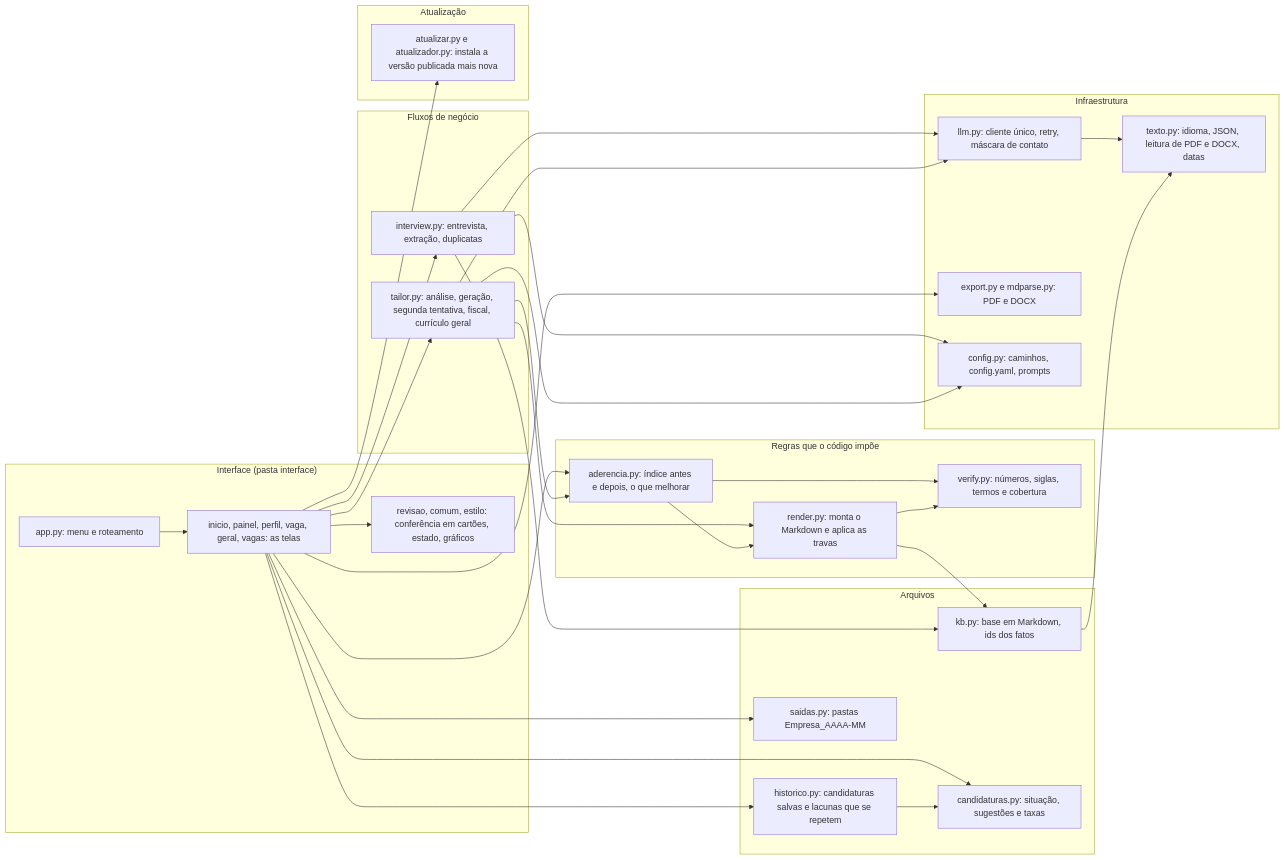
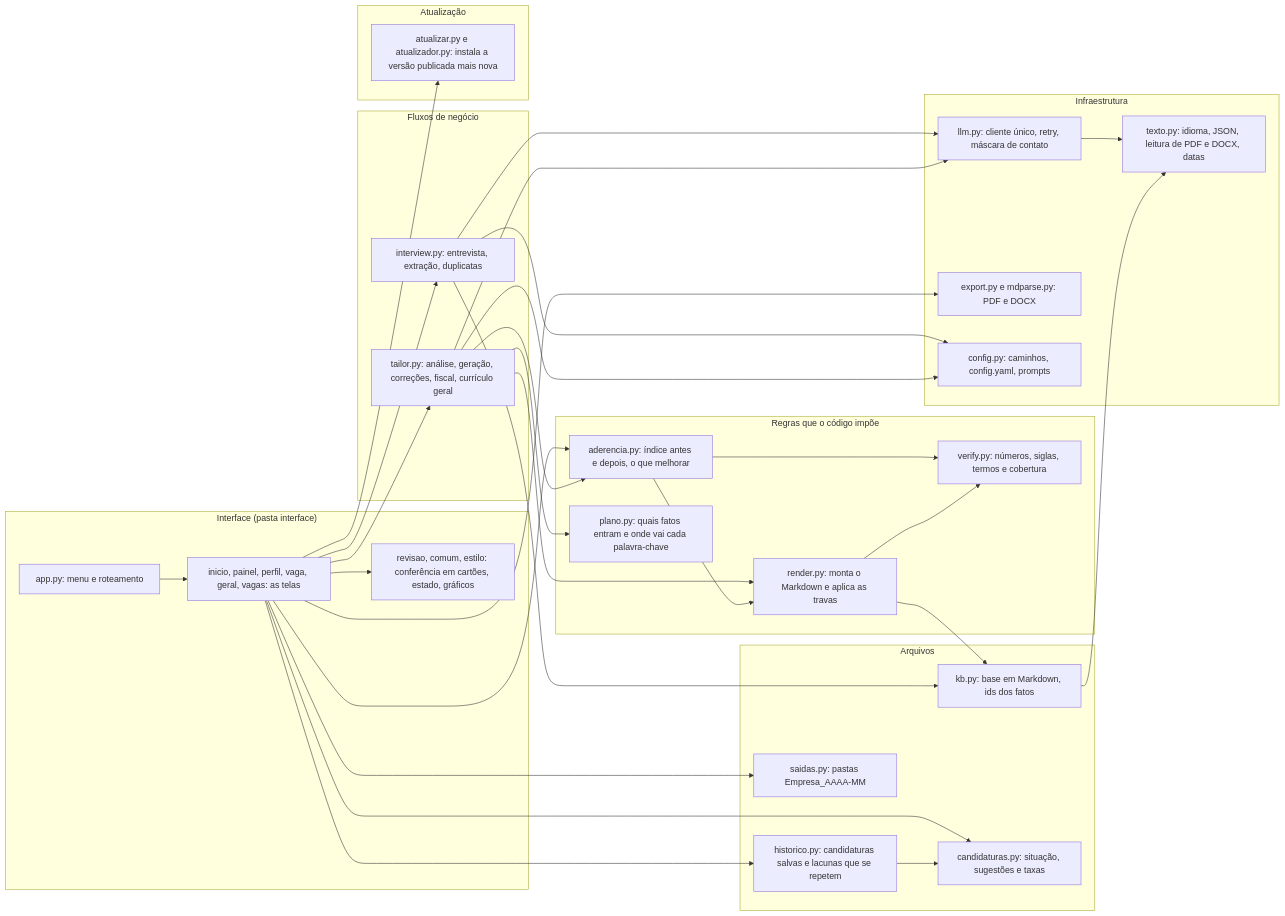
The third of 11 diagrams in README.md (feeslopes/assistente_curriculo), drawn with Mermaid before and after one commit. The commit also changed other lines of this file and 8 other files, not shown here.

First line of the commit message:
Nota mais estável: plano de conteúdo, regra única de palavras-chave e termos julgados na análise

````diff
--- a/README.md
+++ b/README.md
@@ -287,56 +287,58 @@
 ```mermaid
 flowchart LR
   subgraph UI["Interface (pasta interface)"]
     app["app.py: menu e roteamento"]
     telas["inicio, painel, perfil, vaga, geral, vagas: as telas"]
     apoio["revisao, comum, estilo: conferência em cartões, estado, gráficos"]
   end
   subgraph Fluxos["Fluxos de negócio"]
     interview["interview.py: entrevista, extração, duplicatas"]
-    tailor["tailor.py: análise, geração, segunda tentativa, fiscal, currículo geral"]
+    tailor["tailor.py: análise, geração, correções, fiscal, currículo geral"]
   end
   subgraph Regras["Regras que o código impõe"]
     render["render.py: monta o Markdown e aplica as travas"]
     verify["verify.py: números, siglas, termos e cobertura"]
     aderencia["aderencia.py: índice antes e depois, o que melhorar"]
+    plano["plano.py: quais fatos entram e onde vai cada palavra-chave"]
   end
   subgraph Dados["Arquivos"]
     kb["kb.py: base em Markdown, ids dos fatos"]
     historico["historico.py: candidaturas salvas e lacunas que se repetem"]
     candidaturas["candidaturas.py: situação, sugestões e taxas"]
     saidas["saidas.py: pastas Empresa_AAAA-MM"]
   end
   subgraph Atualizacao["Atualização"]
     atualizador["atualizar.py e atualizador.py: instala a versão publicada mais nova"]
   end
   subgraph Infra["Infraestrutura"]
     llm["llm.py: cliente único, retry, máscara de contato"]
     texto["texto.py: idioma, JSON, leitura de PDF e DOCX, datas"]
     export["export.py e mdparse.py: PDF e DOCX"]
     config["config.py: caminhos, config.yaml, prompts"]
   end
   app --> telas
   telas --> apoio
   telas --> interview
   telas --> tailor
   telas --> aderencia
   telas --> historico
   telas --> candidaturas
   telas --> export
   telas --> saidas
   interview --> llm
   interview --> kb
   tailor --> llm
   tailor --> render
+  tailor --> plano
   tailor --> aderencia
   aderencia --> render
   aderencia --> verify
   render --> kb
   render --> verify
   historico --> candidaturas
   telas --> atualizador
   llm --> texto
   kb --> texto
   interview --> config
   tailor --> config
 ```
````
